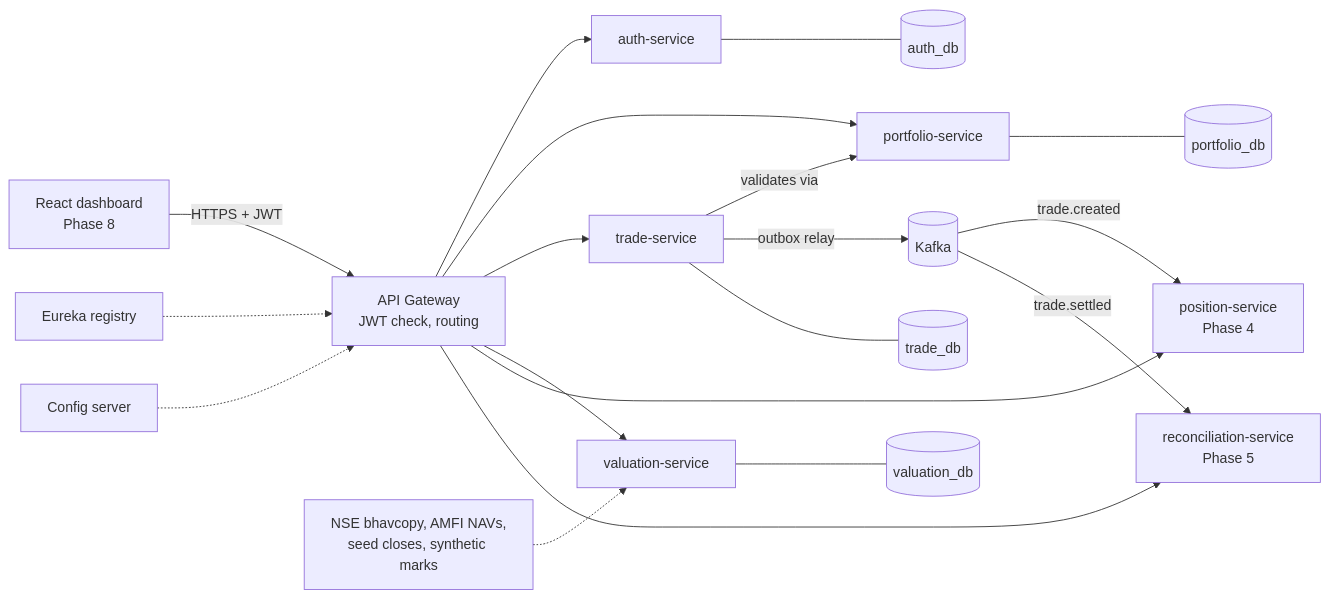
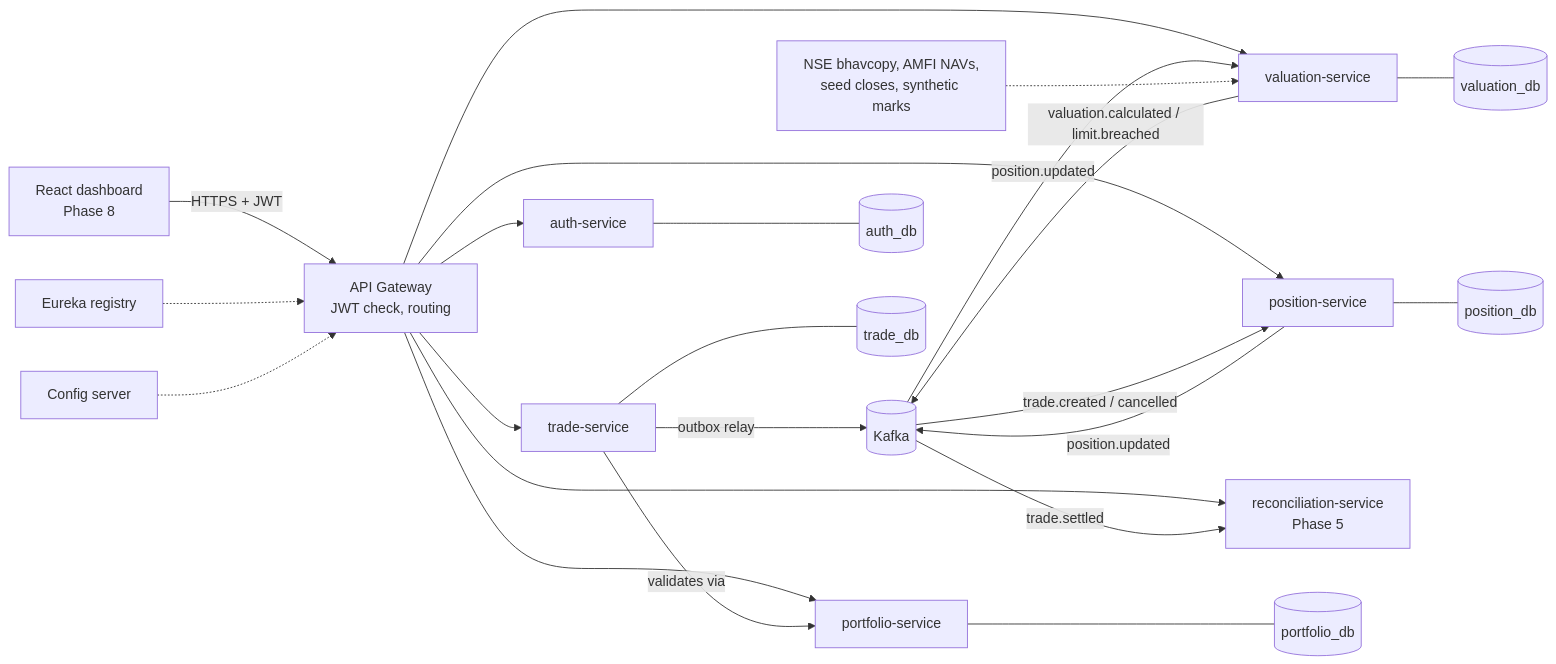
Before and after one commit to shravanib-debug/alphaledger: the diagram in README.md, drawn with Mermaid. The commit also changed other lines of this file and 55 other files, not shown here.

First line of the commit message:
feat(position,valuation): Phase 4 positions, valuation, exposure and limits

````diff
--- a/README.md
+++ b/README.md
@@ -78,24 +78,28 @@
 ```mermaid
 flowchart LR
     UI[React dashboard<br/>Phase 8] -->|HTTPS + JWT| GW[API Gateway<br/>JWT check, routing]
     GW --> AUTH[auth-service]
     GW --> PF[portfolio-service]
     GW --> TR[trade-service]
     GW --> VAL[valuation-service]
-    GW --> POS[position-service<br/>Phase 4]
+    GW --> POS[position-service]
     GW --> REC[reconciliation-service<br/>Phase 5]
 
     TR -- validates via --> PF
     TR -- outbox relay --> K[(Kafka)]
-    K -- trade.created --> POS
+    K -- trade.created / cancelled --> POS
+    POS -- position.updated --> K
+    K -- position.updated --> VAL
+    VAL -- valuation.calculated / limit.breached --> K
     K -- trade.settled --> REC
     MD[NSE bhavcopy, AMFI NAVs,<br/>seed closes, synthetic marks] -.-> VAL
 
     AUTH --- A[(auth_db)]
     PF --- P[(portfolio_db)]
     TR --- T[(trade_db)]
     VAL --- V[(valuation_db)]
+    POS --- PO[(position_db)]
 
     EUR[Eureka registry] -.-> GW
     CFG[Config server] -.-> GW
 ```
````
